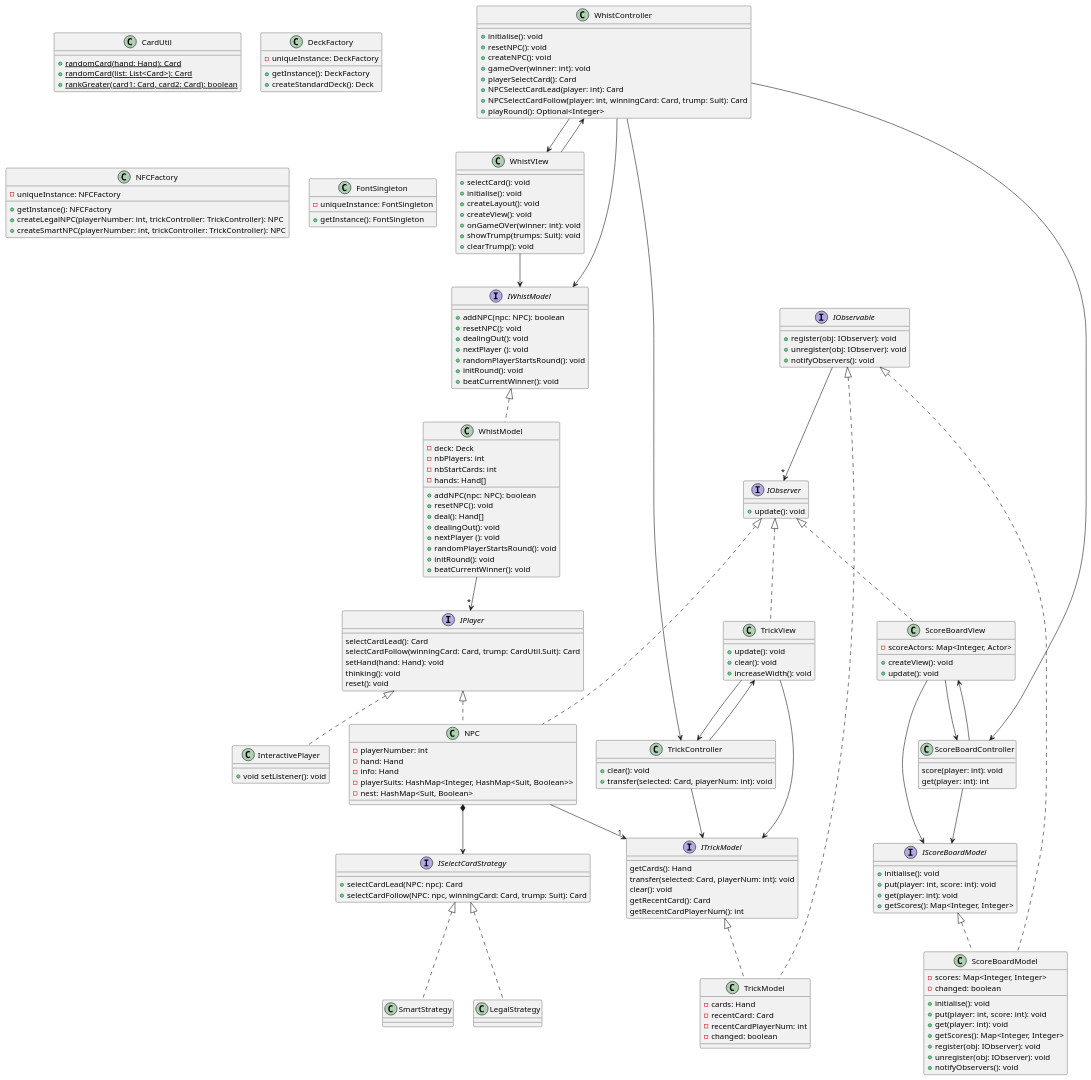
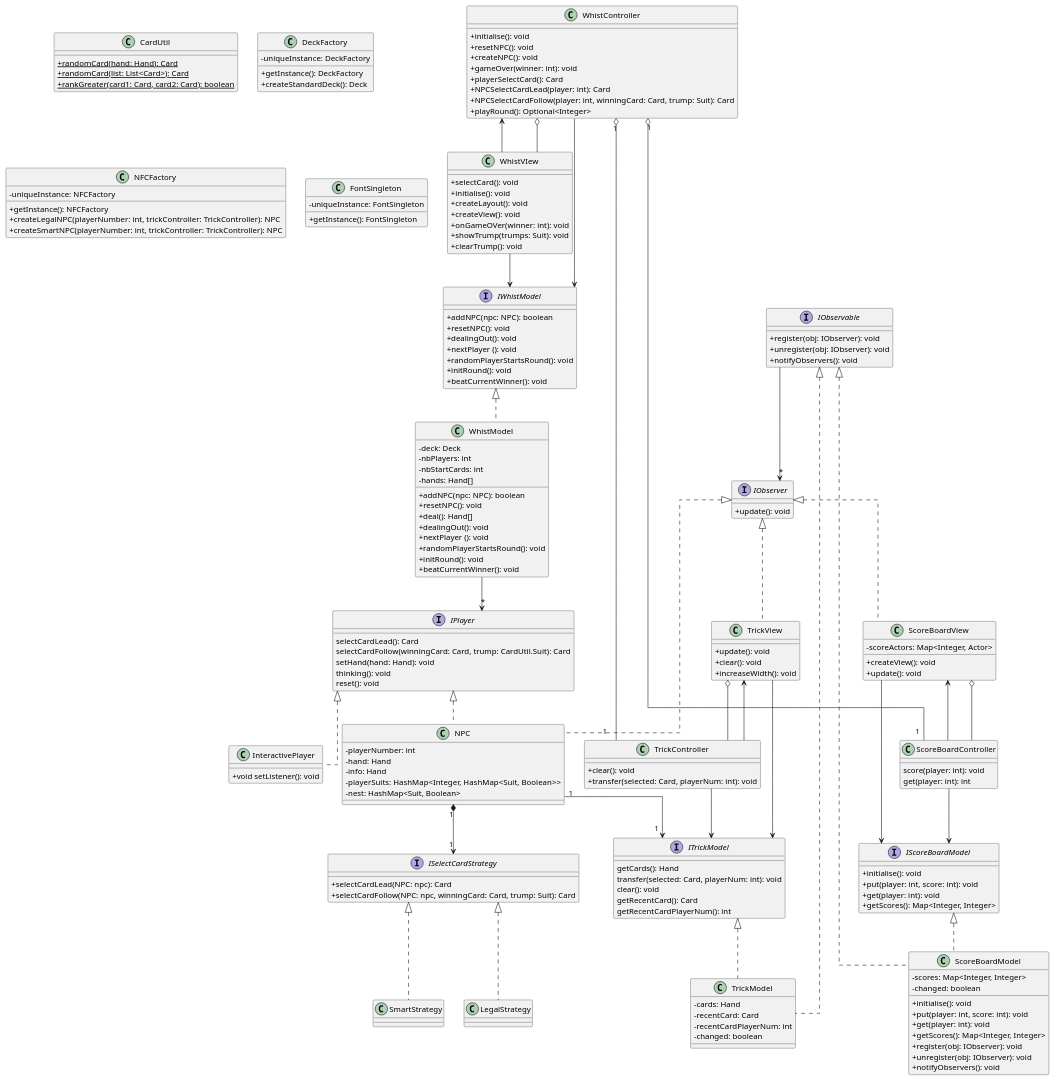
The diagram in uml/DesignClassDiagram.puml (Haswf/Whist), drawn with PlantUML before and after one commit. The commit also changed 1 other file, not shown here.

```diff
--- a/uml/DesignClassDiagram.puml
+++ b/uml/DesignClassDiagram.puml
@@ -1,4 +1,7 @@
 @startuml
+skinparam classAttributeIconSize 0
+skinparam linetype polyline
+skinparam linetype ortho
 
 class NPC implements IObserver, IPlayer {
     - playerNumber: int
@@ -8,8 +11,8 @@
     - nest: HashMap<Suit, Boolean>
 }
 
-NPC *--> ISelectCardStrategy
-NPC -->"1" ITrickModel
+NPC "1" *--> "1" ISelectCardStrategy
+NPC "1" --> "1" ITrickModel
 
 interface ISelectCardStrategy {
     + selectCardLead(NPC: npc): Card
@@ -58,7 +61,7 @@
     + increaseWidth(): void
 }
 
-TrickView --> TrickController
+TrickView o-- TrickController
 TrickView --> ITrickModel
 
 class TrickController {
@@ -122,10 +125,10 @@
 }
 
 WhistController --> IWhistModel
-WhistController --> WhistVIew
+WhistController o--	 WhistVIew
 WhistVIew --> WhistController
-WhistController --> TrickController
-WhistController --> ScoreBoardController
+WhistController "1" o-- "1" TrickController
+WhistController "1" o-- "1" ScoreBoardController
 
 interface IScoreBoardModel {
     + initialise(): void
@@ -145,7 +148,6 @@
     + register(obj: IObserver): void
     + unregister(obj: IObserver): void
     + notifyObservers(): void
-
 }
 
 class ScoreBoardView implements IObserver{
@@ -156,7 +158,7 @@
 }
 
 ScoreBoardView --> IScoreBoardModel
-ScoreBoardView --> ScoreBoardController
+ScoreBoardView o--	 ScoreBoardController
 
 class ScoreBoardController {
     score(player: int): void
```
